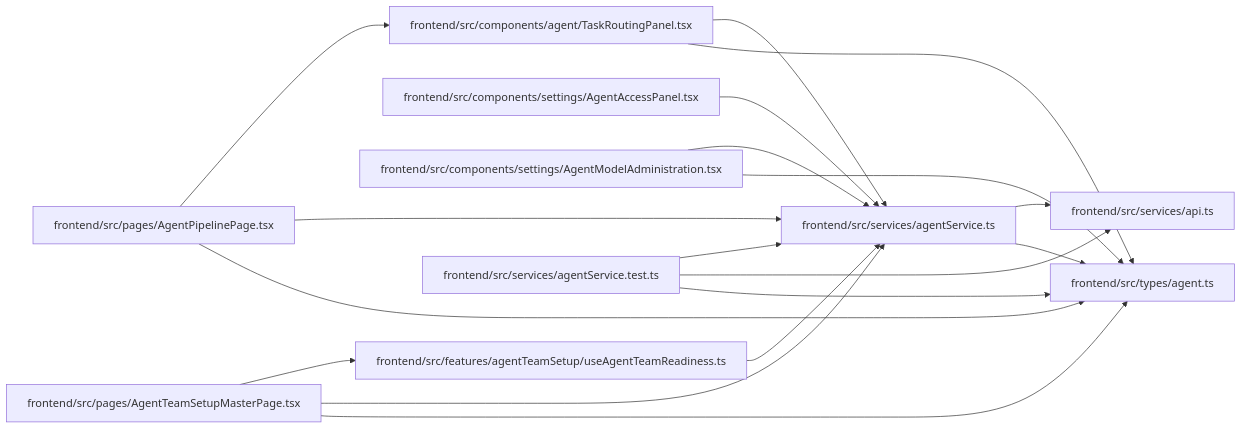
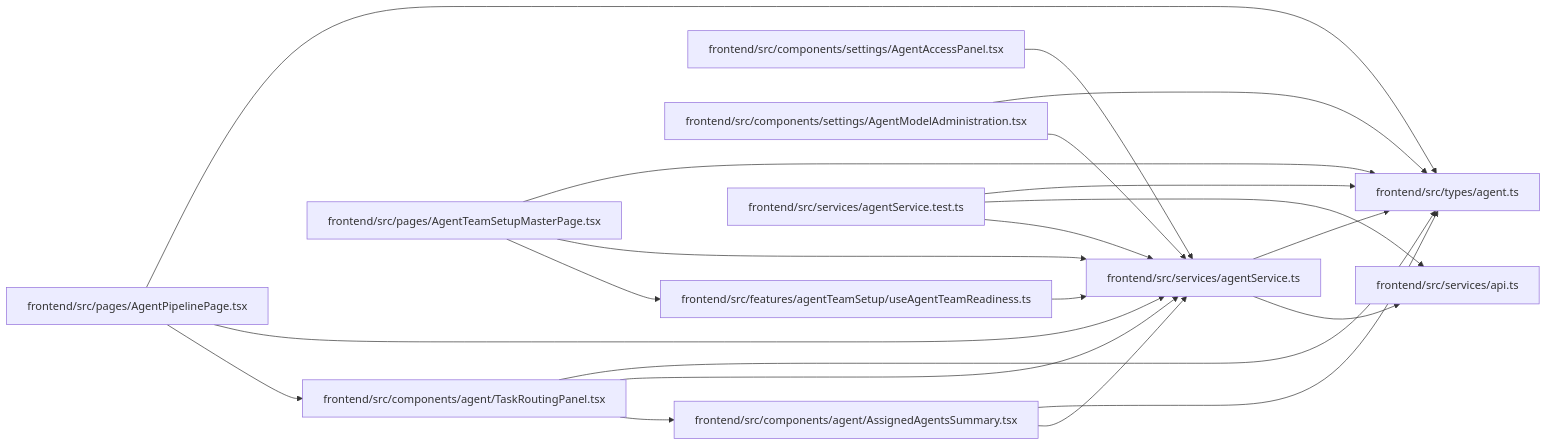
One commit to Denissvgn/WorkChord changed the diagram in docs/llm_wiki/modules/agentService.md. Above: the diagram before and after it, drawn with Mermaid. The commit also changed other lines of this file and 853 other files, not shown here.

````diff
--- a/docs/llm_wiki/modules/agentService.md
+++ b/docs/llm_wiki/modules/agentService.md
@@ -28,40 +28,45 @@
 ```mermaid
 flowchart LR
-    n0["frontend/src/components/agent/TaskRoutingPanel.tsx"]
-    n1["frontend/src/components/settings/AgentAccessPanel.tsx"]
-    n2["frontend/src/components/settings/AgentModelAdministration.tsx"]
-    n3["frontend/src/features/agentTeamSetup/useAgentTeamReadiness.ts"]
-    n4["frontend/src/pages/AgentPipelinePage.tsx"]
-    n5["frontend/src/pages/AgentTeamSetupMasterPage.tsx"]
-    n6["frontend/src/services/agentService.test.ts"]
-    n7["frontend/src/services/agentService.ts"]
-    n8["frontend/src/services/api.ts"]
-    n9["frontend/src/types/agent.ts"]
-    n0 --> n7
-    n0 --> n9
-    n1 --> n7
-    n2 --> n7
-    n2 --> n9
-    n3 --> n7
-    n4 --> n0
-    n4 --> n7
-    n4 --> n9
-    n5 --> n3
-    n5 --> n7
-    n5 --> n9
-    n6 --> n7
+    n0["frontend/src/components/agent/AssignedAgentsSummary.tsx"]
+    n1["frontend/src/components/agent/TaskRoutingPanel.tsx"]
+    n2["frontend/src/components/settings/AgentAccessPanel.tsx"]
+    n3["frontend/src/components/settings/AgentModelAdministration.tsx"]
+    n4["frontend/src/features/agentTeamSetup/useAgentTeamReadiness.ts"]
+    n5["frontend/src/pages/AgentPipelinePage.tsx"]
+    n6["frontend/src/pages/AgentTeamSetupMasterPage.tsx"]
+    n7["frontend/src/services/agentService.test.ts"]
+    n8["frontend/src/services/agentService.ts"]
+    n9["frontend/src/services/api.ts"]
+    n10["frontend/src/types/agent.ts"]
+    n0 --> n8
+    n0 --> n10
+    n1 --> n0
+    n1 --> n8
+    n1 --> n10
+    n2 --> n8
+    n3 --> n8
+    n3 --> n10
+    n4 --> n8
+    n5 --> n1
+    n5 --> n8
+    n5 --> n10
+    n6 --> n4
     n6 --> n8
-    n6 --> n9
+    n6 --> n10
     n7 --> n8
     n7 --> n9
-    click n0 "../modules/TaskRoutingPanel.md"
-    click n1 "../modules/AgentAccessPanel.md"
-    click n2 "../modules/AgentModelAdministration.md"
-    click n3 "../modules/useAgentTeamReadiness.md"
-    click n4 "../modules/AgentPipelinePage.md"
-    click n5 "../modules/AgentTeamSetupMasterPage.md"
-    click n6 "../modules/agentService.test.md"
-    click n7 "../modules/agentService.md"
-    click n8 "../modules/api.md"
-    click n9 "../modules/types_agent.md"
+    n7 --> n10
+    n8 --> n9
+    n8 --> n10
+    click n0 "../modules/AssignedAgentsSummary.md"
+    click n1 "../modules/TaskRoutingPanel.md"
+    click n2 "../modules/AgentAccessPanel.md"
+    click n3 "../modules/AgentModelAdministration.md"
+    click n4 "../modules/useAgentTeamReadiness.md"
+    click n5 "../modules/AgentPipelinePage.md"
+    click n6 "../modules/AgentTeamSetupMasterPage.md"
+    click n7 "../modules/agentService.test.md"
+    click n8 "../modules/agentService.md"
+    click n9 "../modules/api.md"
+    click n10 "../modules/types_agent.md"
 ```
````
